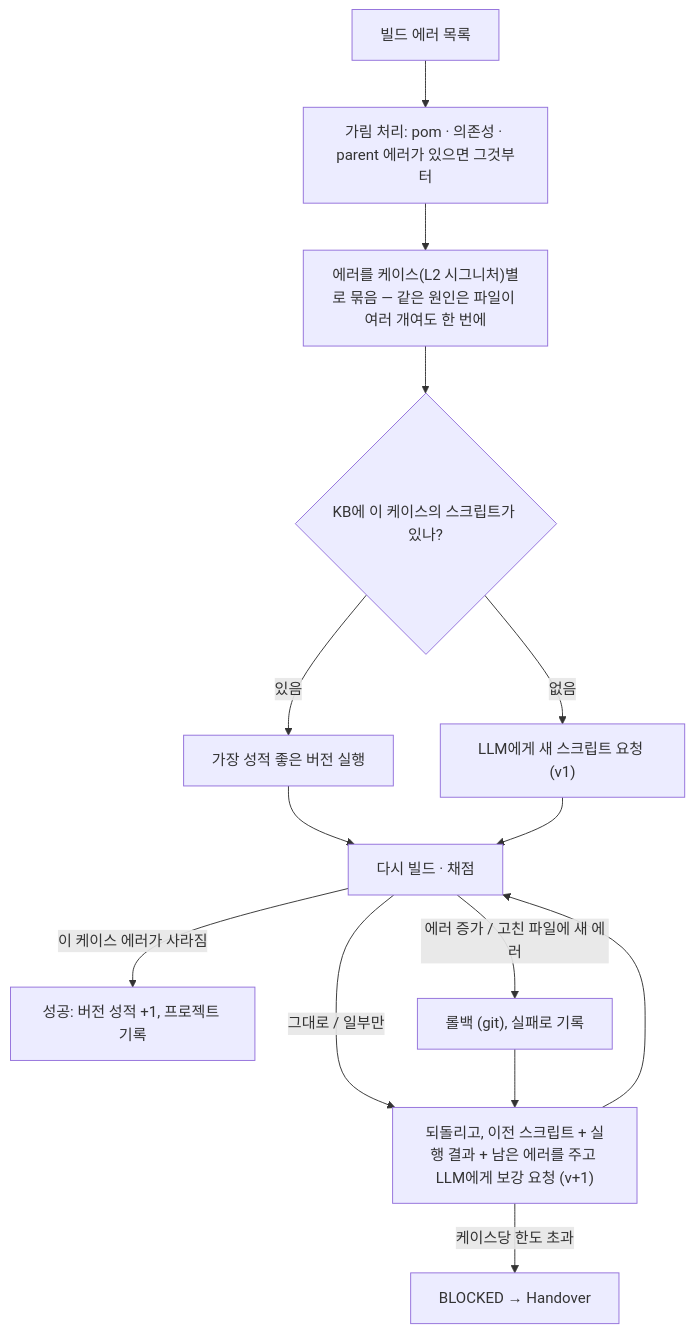
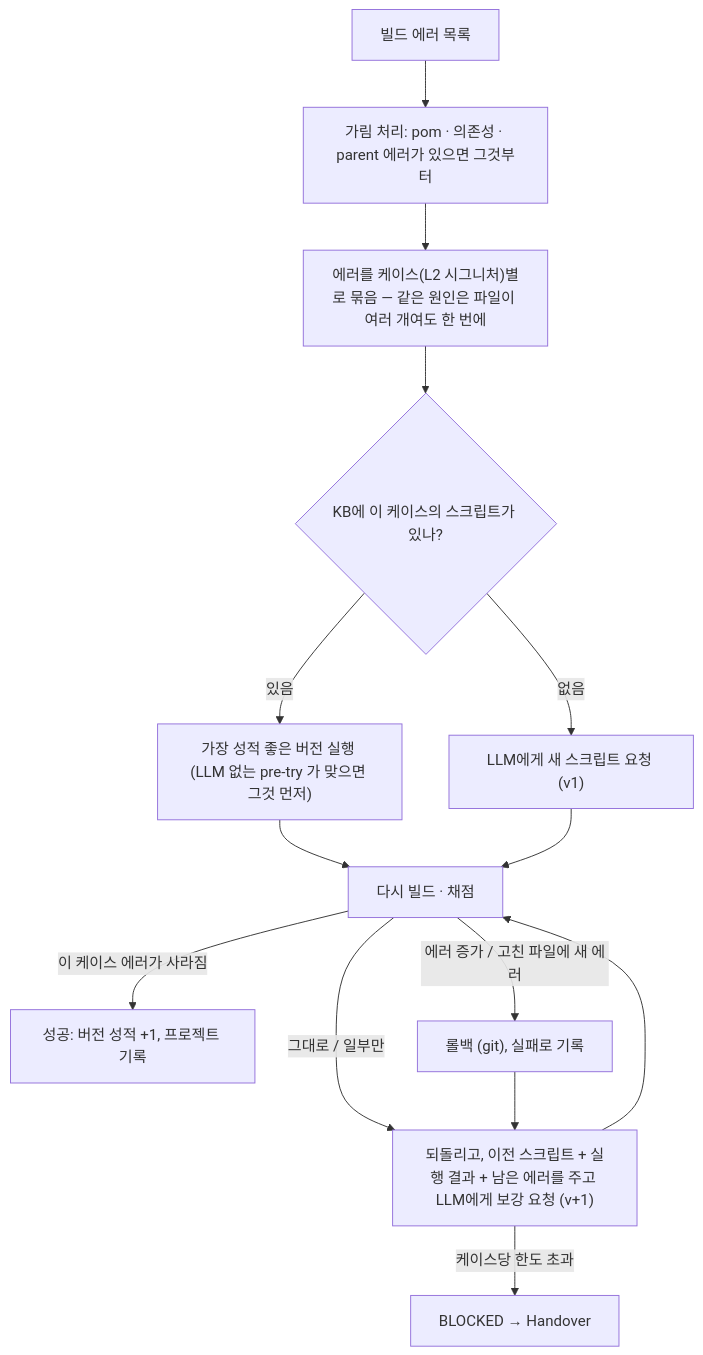
The second of 2 diagrams in docs/v2/PLAN-v2.md (acandiatale/tutu), drawn with Mermaid before and after one commit. The commit also changed other lines of this file and 126 other files, not shown here.

First line of the commit message:
docs: only the deployed flow-v2 system is documented; v1-era material removed; progress checklist (user, 2026-11-11)

````diff
--- a/docs/v2/PLAN-v2.md
+++ b/docs/v2/PLAN-v2.md
@@ -48,16 +49,16 @@
 ```mermaid
 flowchart TD
   E["빌드 에러 목록"] --> M["가림 처리: pom · 의존성 · parent 에러가 있으면 그것부터"]
   M --> G["에러를 케이스(L2 시그니처)별로 묶음 — 같은 원인은 파일이 여러 개여도 한 번에"]
   G --> K{"KB에 이 케이스의 스크립트가 있나?"}
-  K -->|"있음"| R1["가장 성적 좋은 버전 실행"]
+  K -->|"있음"| R1["가장 성적 좋은 버전 실행 (LLM 없는 pre-try 가 맞으면 그것 먼저)"]
   K -->|"없음"| N1["LLM에게 새 스크립트 요청 (v1)"]
   R1 --> BLD["다시 빌드 · 채점"]
   N1 --> BLD
   BLD -->|"이 케이스 에러가 사라짐"| OK["성공: 버전 성적 +1, 프로젝트 기록"]
   BLD -->|"그대로 / 일부만"| AUG["되돌리고, 이전 스크립트 + 실행 결과 + 남은 에러를 주고 LLM에게 보강 요청 (v+1)"]
   BLD -->|"에러 증가 / 고친 파일에 새 에러"| RB["롤백 (git), 실패로 기록"]
   RB --> AUG
   AUG --> BLD
   AUG -->|"케이스당 한도 초과"| BLK["BLOCKED → Handover"]
 ```
````
